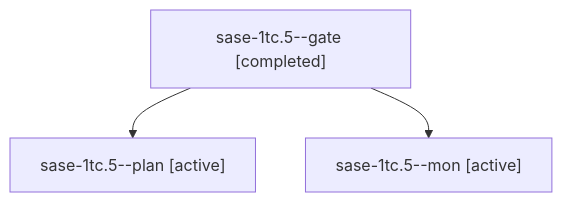
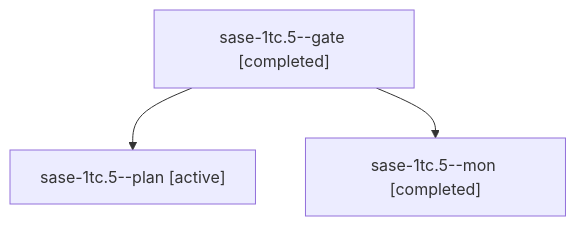
One commit to sase-org/sase--agents changed the diagram in sessions/bbugyi200.athena.sase-1tc.5.md. Above: the diagram before and after it, drawn with Mermaid. The commit also changed other lines of this file and 123 other files, not shown here.

````diff
--- a/sessions/bbugyi200.athena.sase-1tc.5.md
+++ b/sessions/bbugyi200.athena.sase-1tc.5.md
@@ -9,8 +9,8 @@
 ```mermaid
 flowchart TD
   n0["sase-1tc.5--gate [completed]"]
   n1["sase-1tc.5--plan [active]"]
   n0 --> n1
-  n2["sase-1tc.5--mon [active]"]
+  n2["sase-1tc.5--mon [completed]"]
   n0 --> n2
 ```
````
